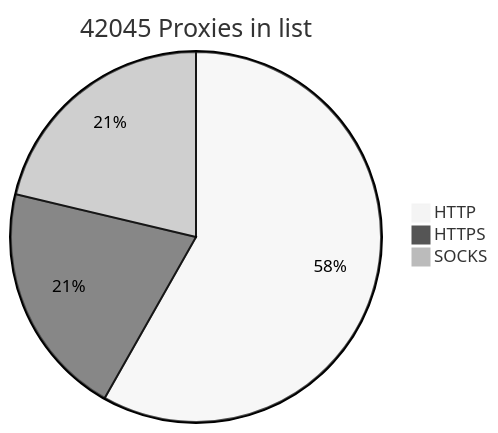
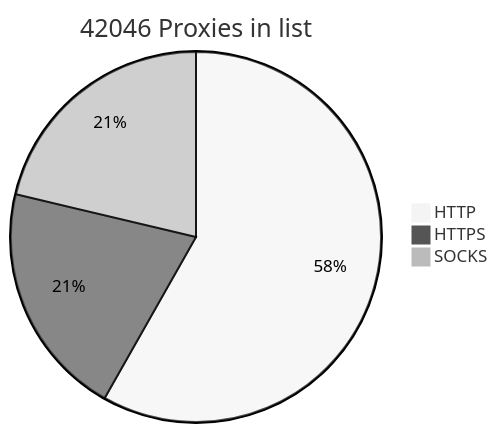
Before and after one commit to BlackSnowDot/proxylist-update-every-minute: the diagram in README.md, drawn with Mermaid (neutral theme).

````diff
--- a/README.md
+++ b/README.md
@@ -2,6 +2,6 @@
 ```mermaid
-pie title 42045 Proxies in list
+pie title 42046 Proxies in list
     "HTTP" : 28354
     "HTTPS": 9987
-    "SOCKS" : 10370
+    "SOCKS" : 10371
 ```
````
